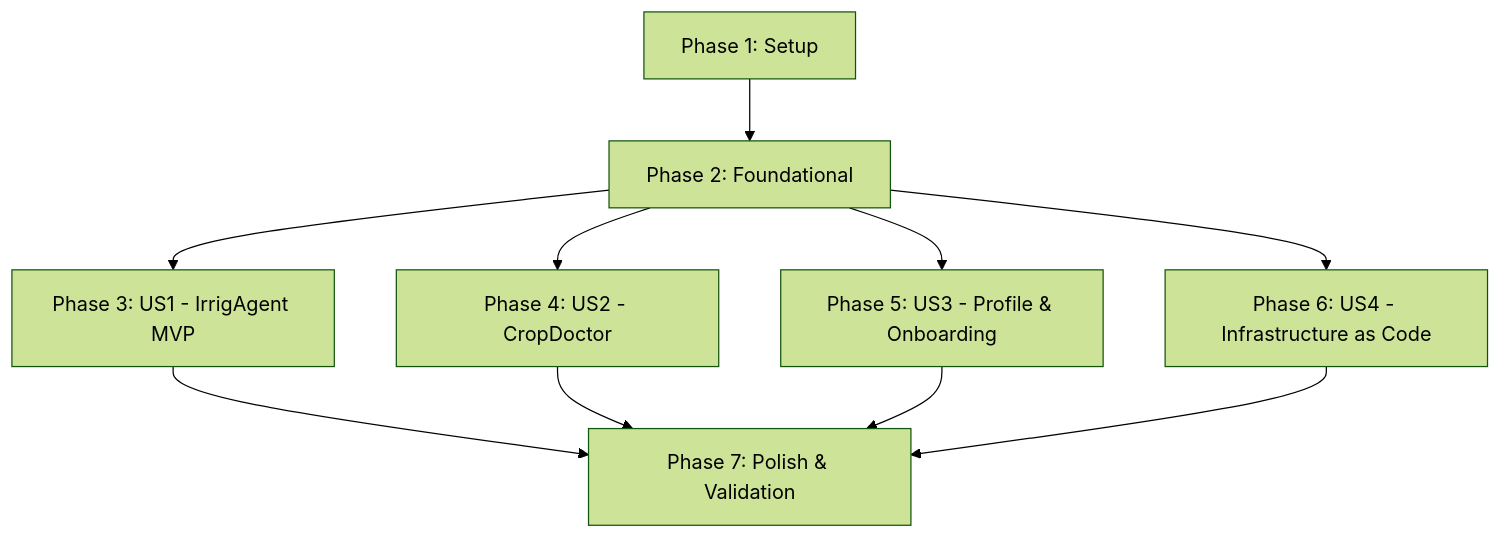
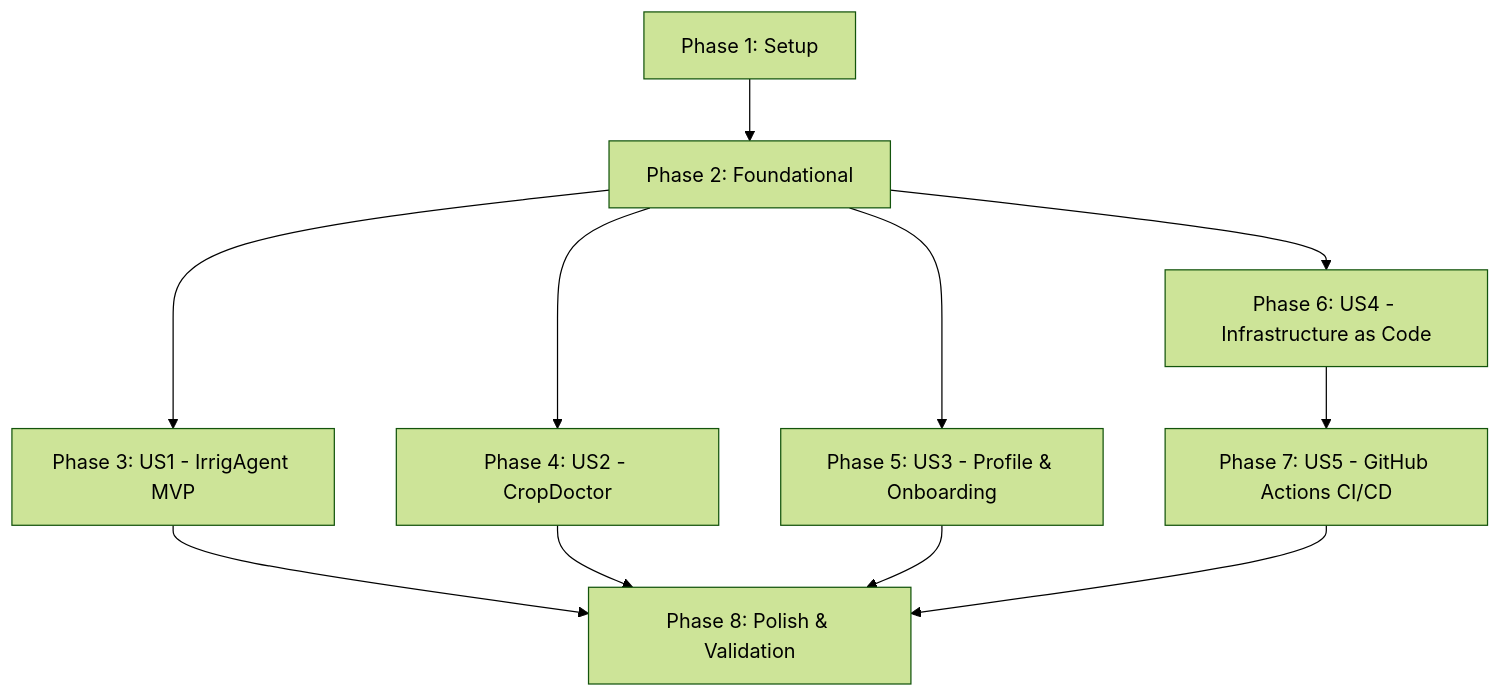
One commit to aroucadi/IrrigAgent changed the diagram in specs/001-hassan-irrigation-agent/tasks.md. Above: the diagram before and after it, drawn with Mermaid (forest theme). The commit also changed other lines of this file, not shown here.

````diff
--- a/specs/001-hassan-irrigation-agent/tasks.md
+++ b/specs/001-hassan-irrigation-agent/tasks.md
@@ -106,12 +118,13 @@
 ```mermaid
 graph TD
     Phase1[Phase 1: Setup] --> Phase2[Phase 2: Foundational]
     Phase2 --> US1[Phase 3: US1 - IrrigAgent MVP]
     Phase2 --> US2[Phase 4: US2 - CropDoctor]
     Phase2 --> US3[Phase 5: US3 - Profile & Onboarding]
     Phase2 --> US4[Phase 6: US4 - Infrastructure as Code]
-    US1 --> Polish[Phase 7: Polish & Validation]
+    US4 --> US5[Phase 7: US5 - GitHub Actions CI/CD]
+    US1 --> Polish[Phase 8: Polish & Validation]
     US2 --> Polish
     US3 --> Polish
-    US4 --> Polish
+    US5 --> Polish
 ```
````
